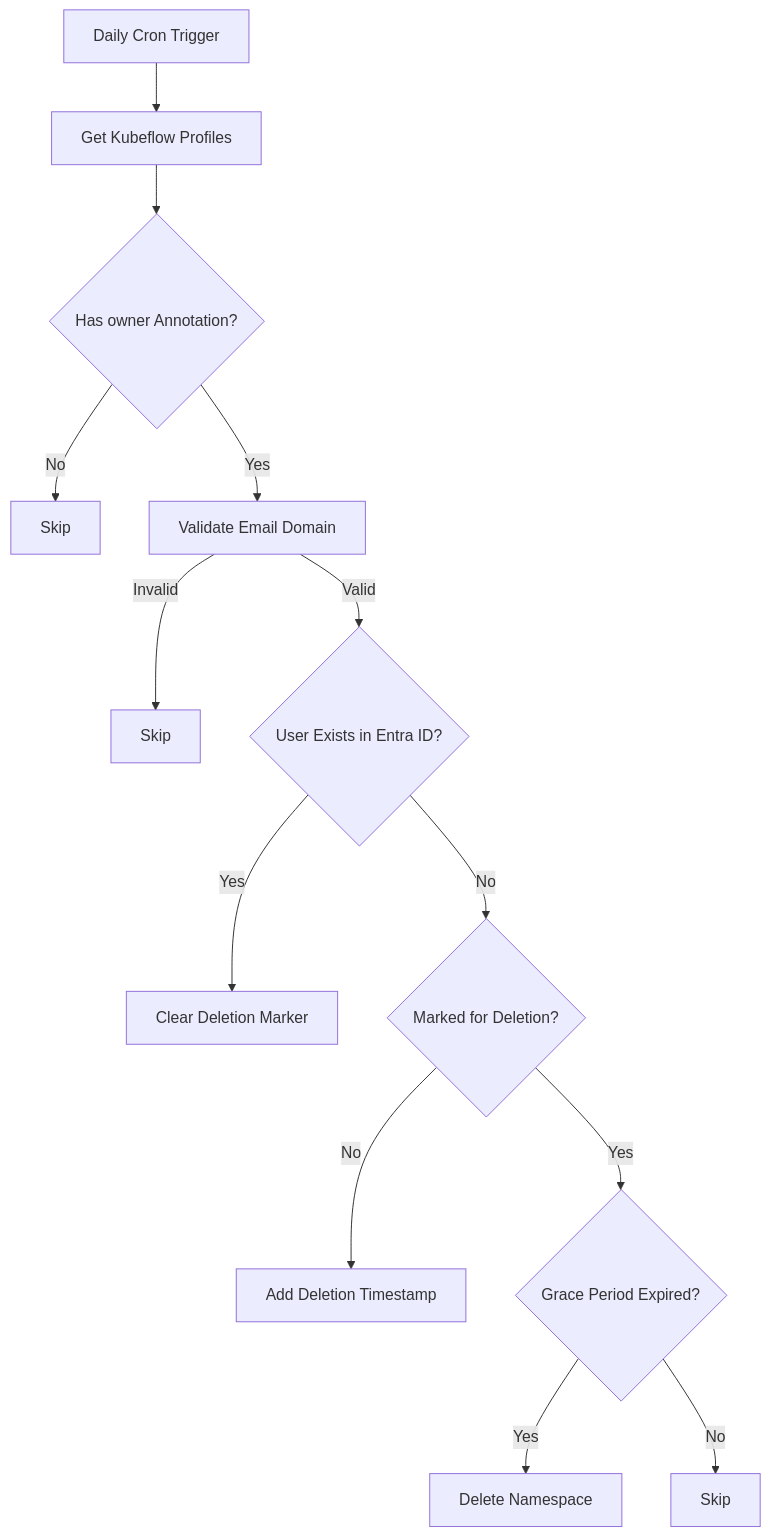
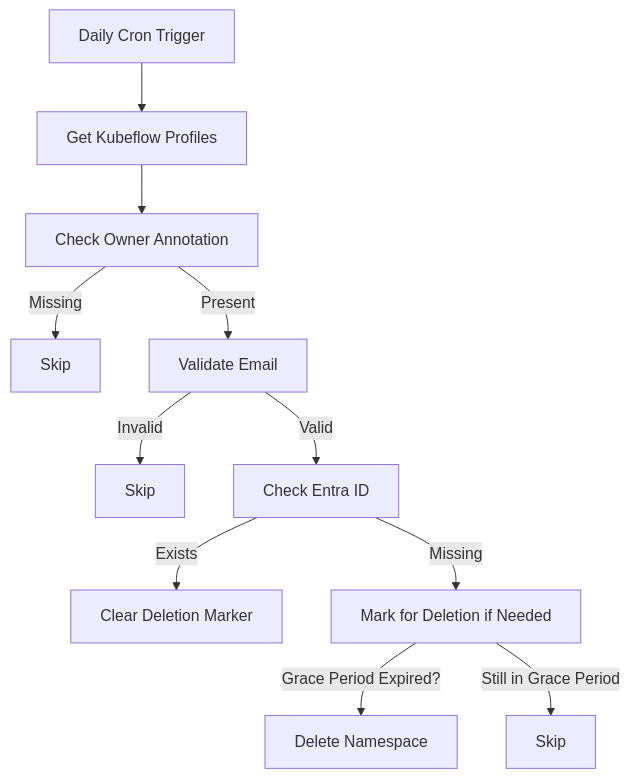
The diagram in README.md (bryanpaget/namespace-auditor), drawn with Mermaid before and after one commit.

````diff
--- a/README.md
+++ b/README.md
@@ -5,15 +5,14 @@
 ```mermaid
 flowchart TD
     A[Daily Cron Trigger] --> B[Get Kubeflow Profiles]
-    B --> C{Has owner Annotation?}
-    C -->|No| D[Skip]
-    C -->|Yes| E[Validate Email Domain]
+    B --> C[Check Owner Annotation]
+    C -->|Missing| D[Skip]
+    C -->|Present| E[Validate Email]
     E -->|Invalid| F[Skip]
-    E -->|Valid| G{User Exists in Entra ID?}
-    G -->|Yes| H[Clear Deletion Marker]
-    G -->|No| I{Marked for Deletion?}
-    I -->|No| J[Add Deletion Timestamp]
-    I -->|Yes| K{Grace Period Expired?}
-    K -->|Yes| L[Delete Namespace]
-    K -->|No| M[Skip]
+    E -->|Valid| G[Check Entra ID]
+    G -->|Exists| H[Clear Deletion Marker]
+    G -->|Missing| I[Mark for Deletion if Needed]
+    I -->|Grace Period Expired?| J[Delete Namespace]
+    I -->|Still in Grace Period| K[Skip]
+
 ```
````
